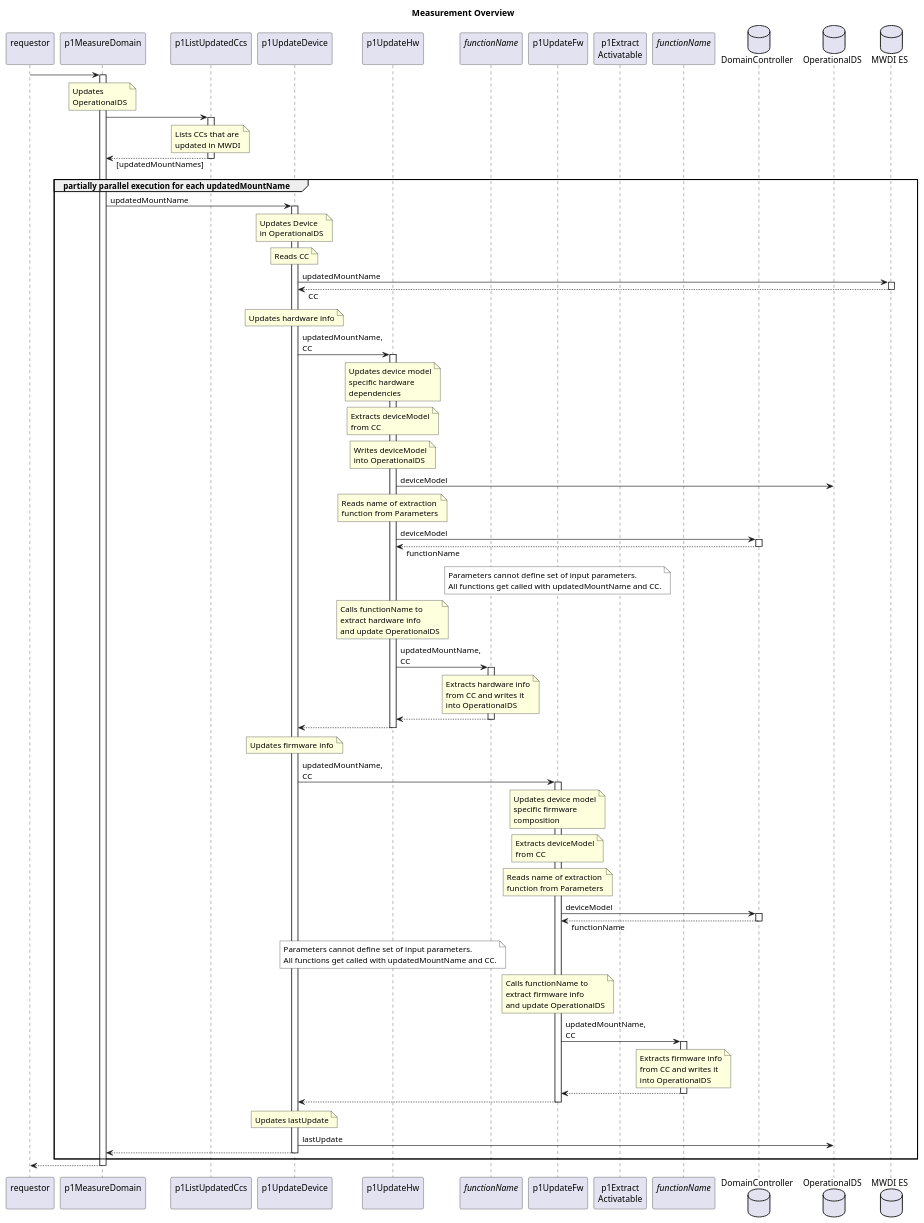
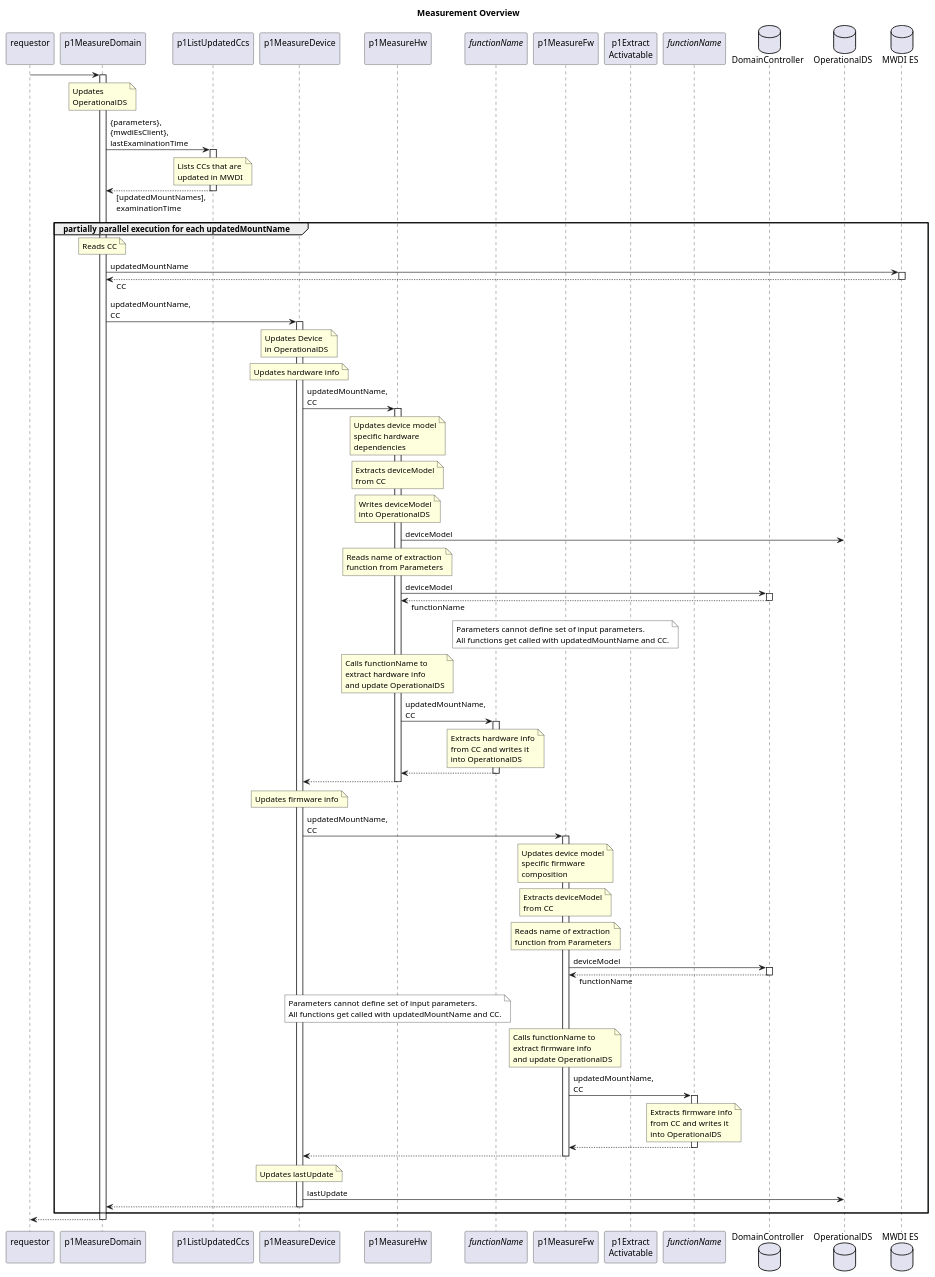
The diagram in spec/additionalDocumentation/Measurement/measurement_overview.plantuml (openBackhaul/FirmWareManager), drawn with PlantUML before and after one commit. The commit also changed 53 other files, not shown here.

```diff
--- a/spec/additionalDocumentation/Measurement/measurement_overview.plantuml
+++ b/spec/additionalDocumentation/Measurement/measurement_overview.plantuml
@@ -1,163 +1,163 @@
 @startuml measurement_overview
 skinparam responseMessageBelowArrow true
 
 title
   Measurement Overview
 end title
 
 participant "requestor\n" as requestor
 participant "p1MeasureDomain\n" as indServ
 participant "p1ListUpdatedCcs\n" as listCcs
-participant "p1UpdateDevice\n" as updateCc
-participant "p1UpdateHw\n" as updateHw
+participant "p1MeasureDevice\n" as updateCc
+participant "p1MeasureHw\n" as updateHw
 participant "<i>functionName</i>\n" as extractHw
-participant "p1UpdateFw\n" as updateFw
+participant "p1MeasureFw\n" as updateFw
 participant "p1Extract\nActivatable" as extractAct
 participant "<i>functionName</i>\n" as extractFw
 
 database "DomainController" as DC
 database "OperationalDS" as OpDS
 database "MWDI ES" as Mwdi
 
 requestor -> indServ
 activate indServ
   note over indServ
     Updates
     OperationalDS
   end note
 
-  indServ -> listCcs
+  indServ -> listCcs: {parameters},\n{mwdiEsClient},\nlastExaminationTime
   activate listCcs
     note over listCcs
       Lists CCs that are
       updated in MWDI
     end note
-  indServ <-- listCcs: [updatedMountNames]
+  indServ <-- listCcs: [updatedMountNames],\nexaminationTime
   deactivate listCcs
 
   group partially parallel execution for each updatedMountName
-    indServ -> updateCc: updatedMountName
+    note over indServ
+      Reads CC
+    end note
+    indServ -> Mwdi: updatedMountName
+    activate Mwdi
+    indServ <-- Mwdi: CC
+    deactivate Mwdi
+
+    indServ -> updateCc: updatedMountName,\nCC
     activate updateCc
       note over updateCc
         Updates Device
         in OperationalDS
       end note
-
-      note over updateCc
-        Reads CC
-      end note
-      updateCc -> Mwdi: updatedMountName
-      activate Mwdi
-      updateCc <-- Mwdi: CC
-      deactivate Mwdi
 
       note over updateCc
         Updates hardware info
       end note
       updateCc -> updateHw: updatedMountName,\nCC
       activate updateHw
         note over updateHw
           Updates device model
           specific hardware
           dependencies
         end note
 
         note over updateHw
           Extracts deviceModel
           from CC
         end note
         note over updateHw
           Writes deviceModel
           into OperationalDS
         end note
         updateHw -> OpDS: deviceModel
 
         note over updateHw
           Reads name of extraction
           function from Parameters
         end note
         updateHw -> DC: deviceModel
         activate DC
         updateHw <-- DC: functionName
         deactivate DC
         note over updateFw #White
           Parameters cannot define set of input parameters.
           All functions get called with updatedMountName and CC.
         end note
 
         note over updateHw
           Calls functionName to
           extract hardware info
           and update OperationalDS
         end note
         updateHw -> extractHw: updatedMountName,\nCC
         activate extractHw
           note over extractHw
             Extracts hardware info
             from CC and writes it
             into OperationalDS
           end note
         updateHw <-- extractHw
         deactivate extractHw
       updateCc <-- updateHw
       deactivate updateHw
 
       note over updateCc
         Updates firmware info
       end note
       updateCc -> updateFw: updatedMountName,\nCC
       activate updateFw
         note over updateFw
           Updates device model
           specific firmware
           composition
         end note
 
         note over updateFw
           Extracts deviceModel
           from CC
         end note
 
         note over updateFw
           Reads name of extraction
           function from Parameters
         end note
         updateFw -> DC: deviceModel
         activate DC
         updateFw <-- DC: functionName
         deactivate DC
         note over updateHw #White
           Parameters cannot define set of input parameters.
           All functions get called with updatedMountName and CC.
         end note
 
         note over updateFw
           Calls functionName to
           extract firmware info
           and update OperationalDS
         end note
         updateFw -> extractFw: updatedMountName,\nCC
         activate extractFw
           note over extractFw
             Extracts firmware info
             from CC and writes it
             into OperationalDS
           end note
         updateFw <-- extractFw
         deactivate extractFw
       updateCc <-- updateFw
       deactivate updateFw
 
       note over updateCc
         Updates lastUpdate
       end note
       updateCc -> OpDS: lastUpdate
 
     indServ <-- updateCc
     deactivate updateCc
   end group updatedMountNames
 
 requestor <-- indServ
 deactivate indServ
 
 @enduml
```
